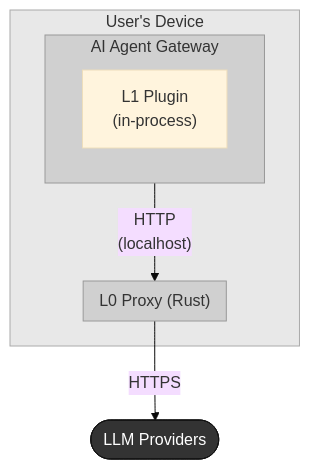
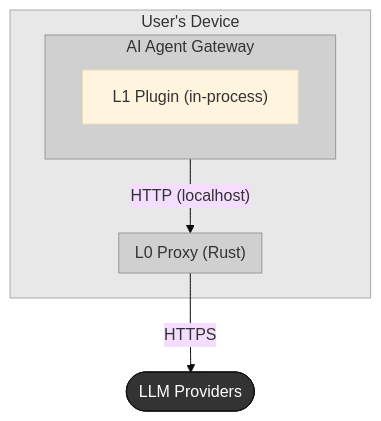
One commit to OpenObscure/OpenObscure changed the first of 14 diagrams in ARCHITECTURE.md. Above: the diagram before and after it, drawn with Mermaid (base theme). The commit also changed other lines of this file and 1 other file, not shown here.

First line of the commit message:
Remove \n line breaks from mermaid flowchart labels

````diff
--- a/ARCHITECTURE.md
+++ b/ARCHITECTURE.md
@@ -19,17 +19,17 @@
 ```mermaid
 flowchart TB
     subgraph device ["User's Device"]
         subgraph gateway ["AI Agent Gateway"]
-            L1["L1 Plugin\n(in-process)"]
+            L1["L1 Plugin (in-process)"]
         end
         subgraph l0proc ["L0 Proxy (Rust)"]
         end
-        gateway -- "HTTP\n(localhost)" --> l0proc
+        gateway -- "HTTP (localhost)" --> l0proc
     end
     l0proc -- "HTTPS" --> llm(["LLM Providers"])
 
     style device fill:#e8e8e8,stroke:#aaa,color:#333
     style gateway fill:#d0d0d0,stroke:#999,color:#333
     style l0proc fill:#d0d0d0,stroke:#999,color:#333
     style llm fill:#333,stroke:#111,color:#fff
 ```
````
